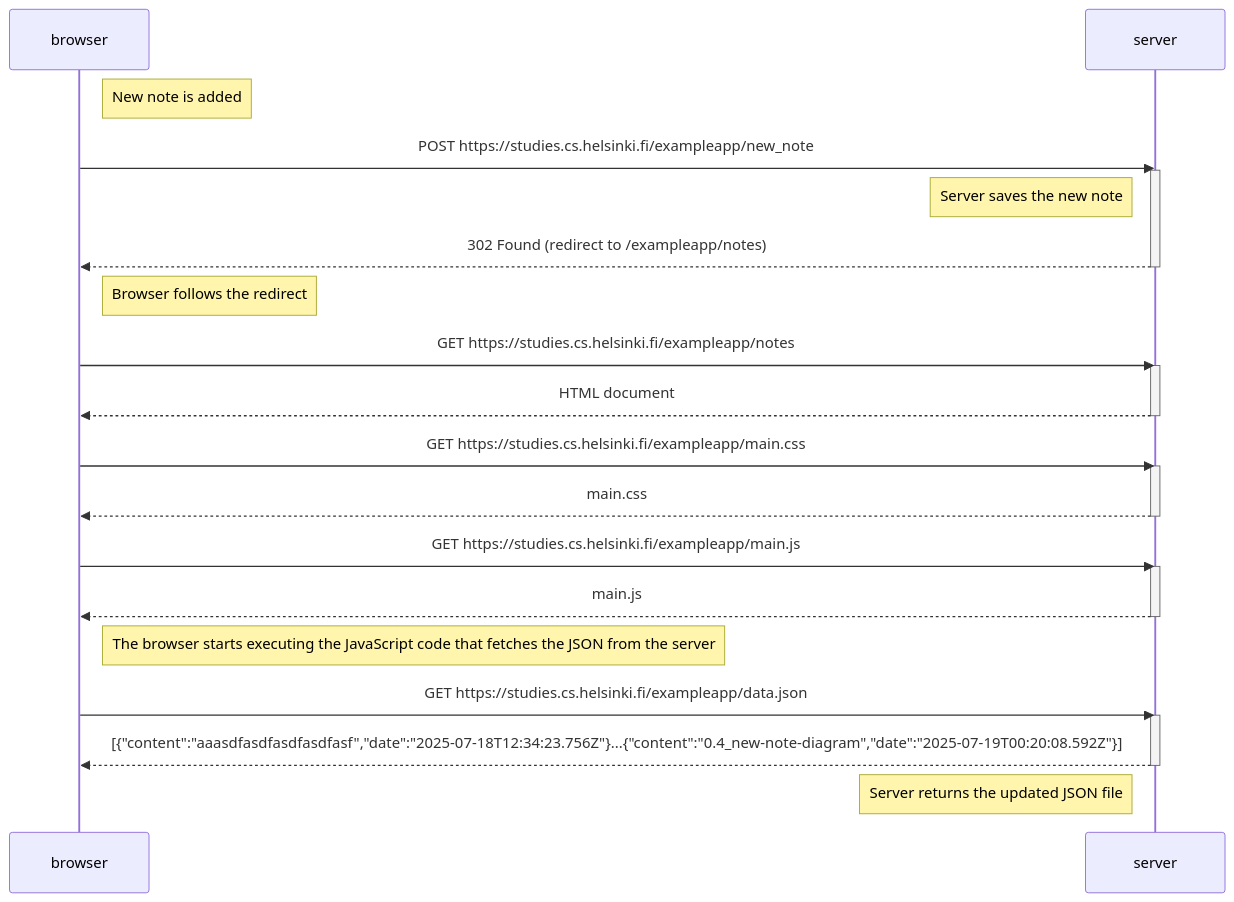
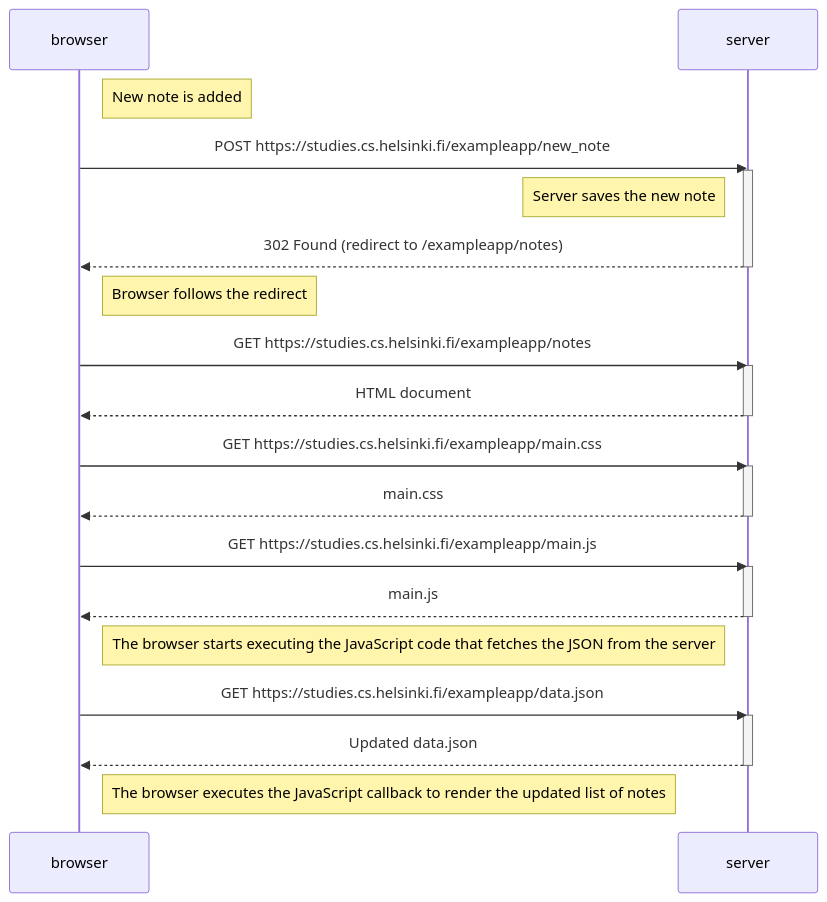
The diagram in part0/0.4_new-note-diagram.md (akil4/fullstackopen), drawn with Mermaid before and after one commit. The commit also changed 2 other files, not shown here.

Commit message:
0.6_new-note-in-single-page-app-diagram completed

````diff
--- a/part0/0.4_new-note-diagram.md
+++ b/part0/0.4_new-note-diagram.md
@@ -3,38 +3,39 @@
 ```mermaid
 sequenceDiagram
     participant browser
     participant server
 
     Note right of browser: New note is added
 
     browser->>server: POST https://studies.cs.helsinki.fi/exampleapp/new_note
     activate server
     Note left of server: Server saves the new note
     server-->>browser: 302 Found (redirect to /exampleapp/notes)
     deactivate server
 
     Note right of browser: Browser follows the redirect
 
     browser->>server: GET https://studies.cs.helsinki.fi/exampleapp/notes
     activate server
     server-->>browser: HTML document
     deactivate server
 
     browser->>server: GET https://studies.cs.helsinki.fi/exampleapp/main.css
     activate server
     server-->>browser: main.css
     deactivate server
 
     browser->>server: GET https://studies.cs.helsinki.fi/exampleapp/main.js
     activate server
     server-->>browser: main.js
     deactivate server
 
     Note right of browser: The browser starts executing the JavaScript code that fetches the JSON from the server
 
     browser->>server: GET https://studies.cs.helsinki.fi/exampleapp/data.json
     activate server
-    server-->>browser: [{"content":"aaasdfasdfasdfasdfasf","date":"2025-07-18T12:34:23.756Z"}...{"content":"0.4_new-note-diagram","date":"2025-07-19T00:20:08.592Z"}]
+    server-->>browser: Updated data.json
     deactivate server
-    Note left of server: Server returns the updated JSON file
+    
+    Note right of browser: The browser executes the JavaScript callback to render the updated list of notes
 ```
````
